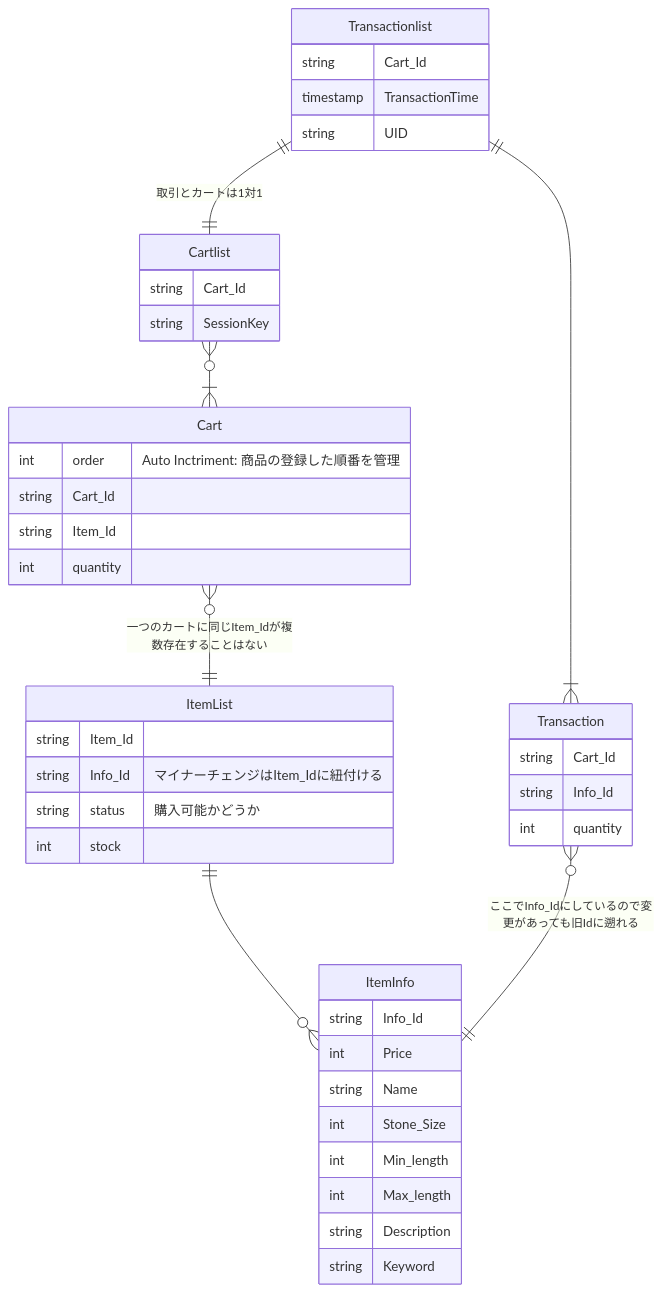
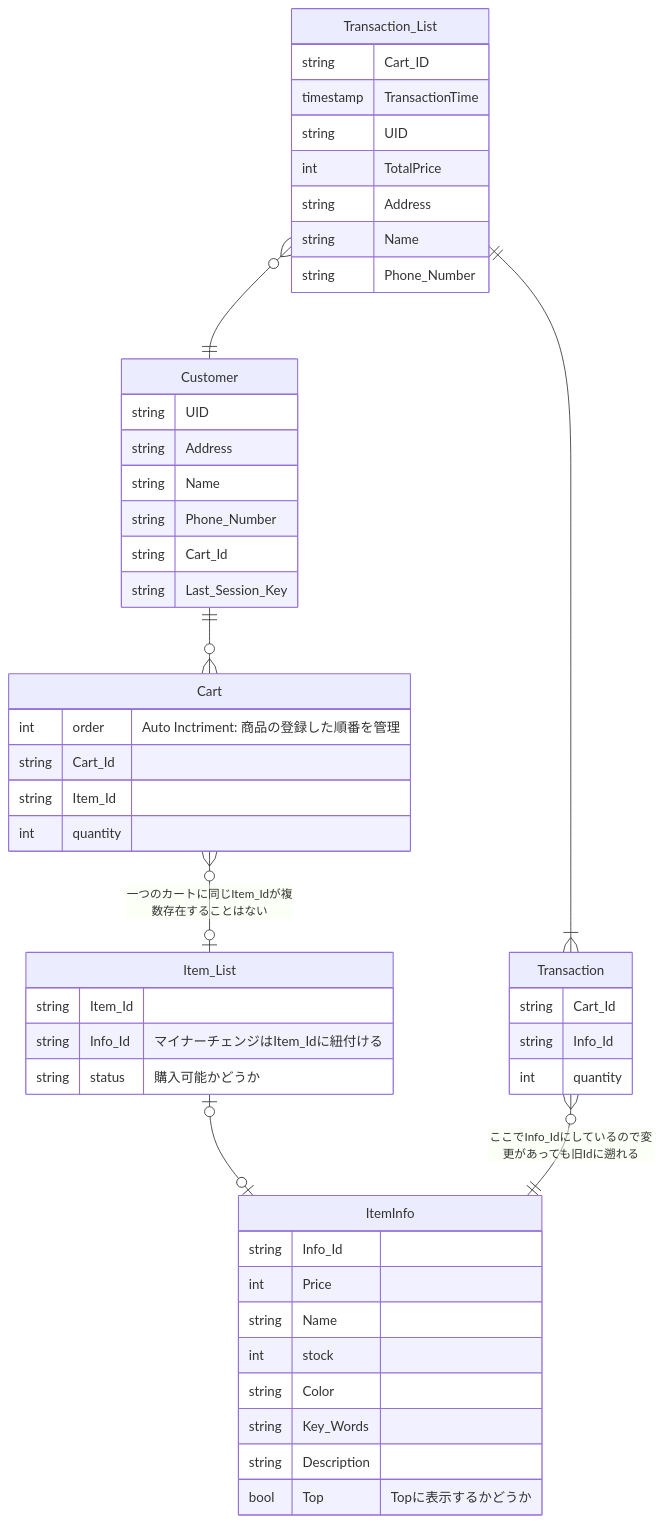
Before and after one commit to WhatACotton/CharisWorks-BackEnd: the sixth of 6 diagrams in README.md, drawn with Mermaid. The commit also changed other lines of this file, not shown here.

Commit message:
data structure

````diff
--- a/README.md
+++ b/README.md
@@ -148,49 +154,59 @@
 ```mermaid
 erDiagram
-Transactionlist ||--||Cartlist:"取引とカートは1対1"
-Transactionlist ||--|{Transaction:""
-Cartlist}o--|{Cart:""
-Cart}o--||ItemList:"一つのカートに同じItem_Idが複数存在することはない"
-ItemList||--o{ItemInfo:""
+Customer||--o{Cart:""
+Cart}o--o|Item_List:"一つのカートに同じItem_Idが複数存在することはない"
+Item_List|o--o|ItemInfo:""
 Transaction}o--||ItemInfo:"ここでInfo_Idにしているので変更があっても旧Idに遡れる"
+Transaction_List }o--||Customer:""
+Transaction_List ||--|{Transaction:""
 
-Transactionlist{
+Customer{
+ string UID
+ string Address
+ string Name
+ string Phone_Number
  string Cart_Id
+ string Last_Session_Key
+}
+
+Transaction_List{
+ string Cart_ID
  timestamp TransactionTime
  string UID
+ int TotalPrice
+ string Address
+ string Name
+ string Phone_Number
 }
+
 Transaction{
  string Cart_Id
  string Info_Id
  int quantity
 }
 
-Cartlist{
- string Cart_Id
- string SessionKey
-}
+
 
 Cart{
  int order "Auto Inctriment: 商品の登録した順番を管理"
  string Cart_Id
  string Item_Id
  int quantity
 }
 
-ItemList{
+Item_List{
  string Item_Id
  string Info_Id "マイナーチェンジはItem_Idに紐付ける"
  string status "購入可能かどうか"
- int stock
 }
 ItemInfo{
  string Info_Id
  int Price
  string Name
- int Stone_Size
- int Min_length
- int Max_length
+ int stock
+ string Color
+ string Key_Words
  string Description
- string Keyword
+ bool Top "Topに表示するかどうか"
 }
 ```
````
